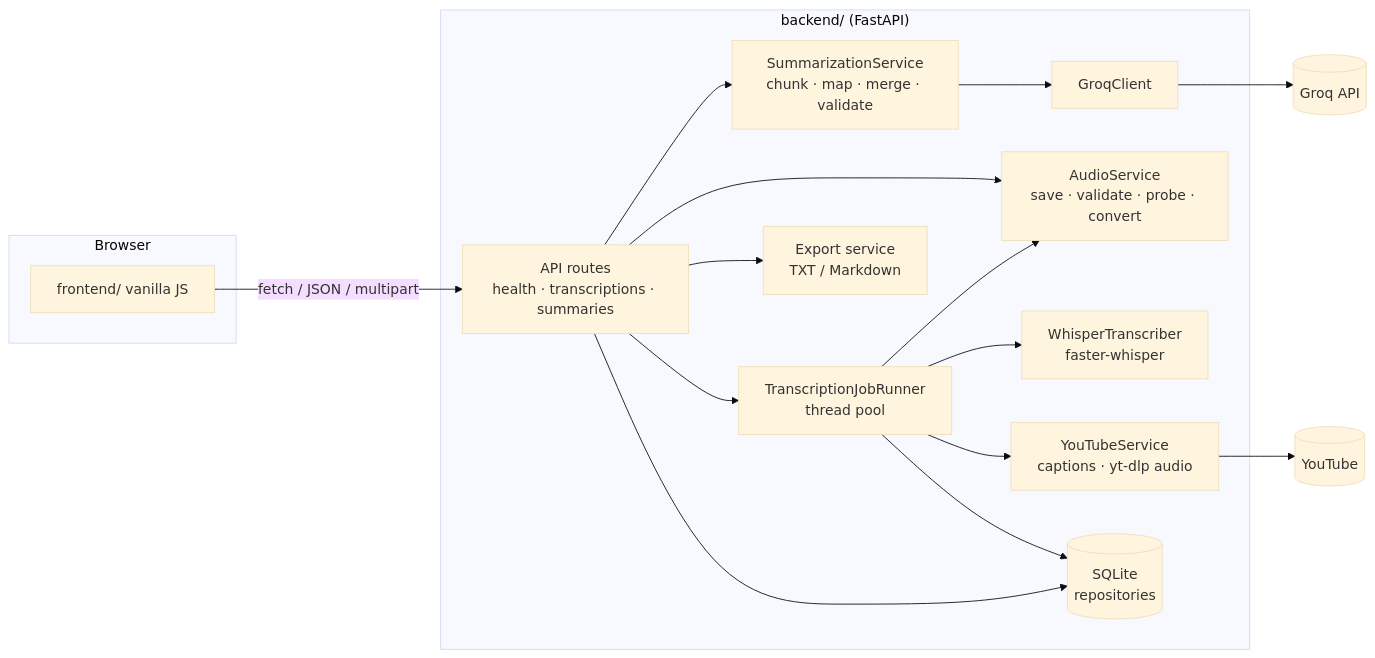
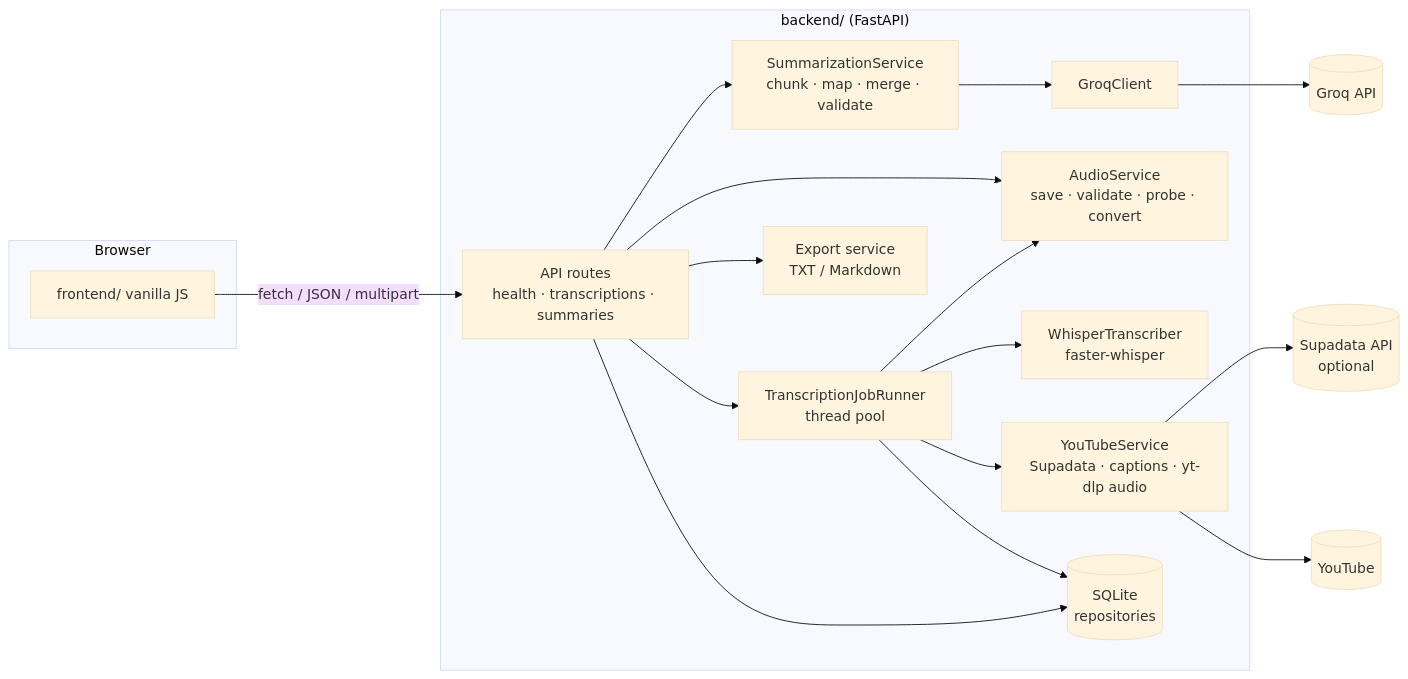
One commit to 0xamitkumar3/transmint changed the diagram in README.md. Above: the diagram before and after it, drawn with Mermaid (base theme). The commit also changed other lines of this file and 2 other files, not shown here.

Commit message:
Update READMEs for Supadata, CORS and Render deploy; point frontend at production backend

````diff
--- a/README.md
+++ b/README.md
@@ -33,30 +34,32 @@
 ```mermaid
 flowchart LR
     subgraph Browser
         FE[frontend/ vanilla JS]
     end
     subgraph Backend["backend/ (FastAPI)"]
         R[API routes<br/>health · transcriptions · summaries]
-        YT[YouTubeService<br/>captions · yt-dlp audio]
+        YT[YouTubeService<br/>Supadata · captions · yt-dlp audio]
         AS[AudioService<br/>save · validate · probe · convert]
         JR[TranscriptionJobRunner<br/>thread pool]
         TS[WhisperTranscriber<br/>faster-whisper]
         SS[SummarizationService<br/>chunk · map · merge · validate]
         GC[GroqClient]
         DB[(SQLite<br/>repositories)]
         EX[Export service<br/>TXT / Markdown]
     end
     GROQ[(Groq API)]
     YOUTUBE[(YouTube)]
+    SUPADATA[(Supadata API<br/>optional)]
 
     FE -- fetch / JSON / multipart --> R
     R --> AS
     R --> JR
     JR --> AS
     JR --> TS
     JR --> YT --> YOUTUBE
+    YT --> SUPADATA
     JR --> DB
     R --> SS --> GC --> GROQ
     R --> DB
     R --> EX
 ```
````
